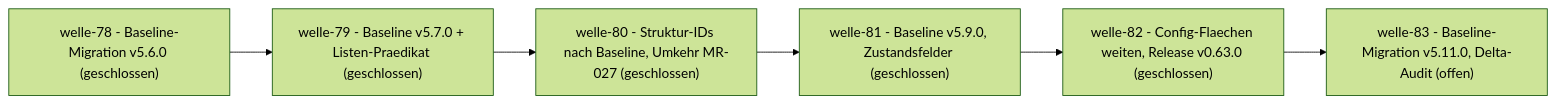
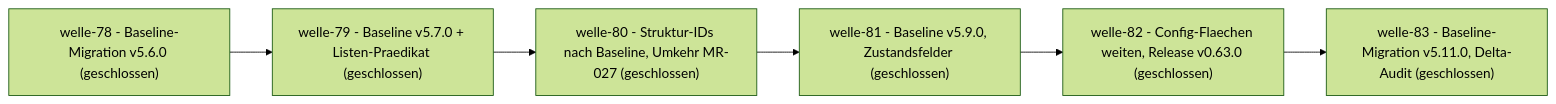
Before and after one commit to pt9912/d-check: the diagram in docs/plan/planning/in-progress/roadmap.md, drawn with Mermaid (forest theme). The commit also changed other lines of this file and 8 other files, not shown here.

````diff
--- a/docs/plan/planning/in-progress/roadmap.md
+++ b/docs/plan/planning/in-progress/roadmap.md
@@ -78,14 +76,14 @@
 ```mermaid
 flowchart LR
     W78["welle-78 - Baseline-Migration v5.6.0 (geschlossen)"]
     W79["welle-79 - Baseline v5.7.0 + Listen-Praedikat (geschlossen)"]
     W78 --> W79
     W80["welle-80 - Struktur-IDs nach Baseline, Umkehr MR-027 (geschlossen)"]
     W79 --> W80
     W81["welle-81 - Baseline v5.9.0, Zustandsfelder (geschlossen)"]
     W82["welle-82 - Config-Flaechen weiten, Release v0.63.0 (geschlossen)"]
     W81 --> W82
-    W83["welle-83 - Baseline-Migration v5.11.0, Delta-Audit (offen)"]
+    W83["welle-83 - Baseline-Migration v5.11.0, Delta-Audit (geschlossen)"]
     W82 --> W83
     W80 --> W81
 ```
````
